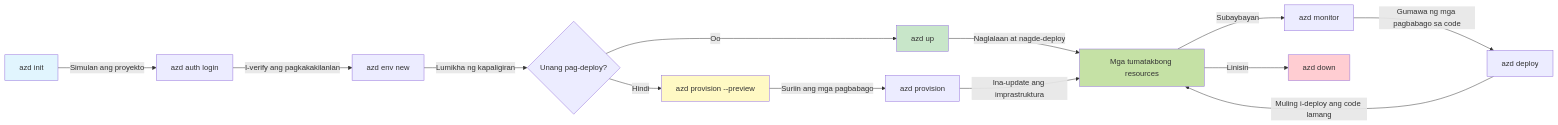
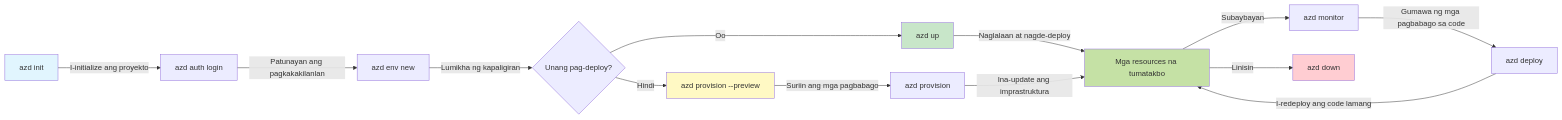
The first of 2 diagrams in translations/tl/docs/chapter-01-foundation/azd-basics.md (microsoft/AZD-for-beginners), drawn with Mermaid before and after one commit. The commit also changed other lines of this file and 104 other files, not shown here.

````diff
--- a/translations/tl/docs/chapter-01-foundation/azd-basics.md
+++ b/translations/tl/docs/chapter-01-foundation/azd-basics.md
@@ -269,21 +269,21 @@
 ```mermaid
 graph LR
-    A[azd init] -->|Simulan ang proyekto| B[azd auth login]
-    B -->|I-verify ang pagkakakilanlan| C[azd env new]
+    A[azd init] -->|I-initialize ang proyekto| B[azd auth login]
+    B -->|Patunayan ang pagkakakilanlan| C[azd env new]
     C -->|Lumikha ng kapaligiran| D{Unang pag-deploy?}
     D -->|Oo| E[azd up]
     D -->|Hindi| F[azd provision --preview]
     F -->|Suriin ang mga pagbabago| G[azd provision]
-    E -->|Naglalaan at nagde-deploy| H[Mga tumatakbong resources]
+    E -->|Naglalaan at nagde-deploy| H[Mga resources na tumatakbo]
     G -->|Ina-update ang imprastruktura| H
     H -->|Subaybayan| I[azd monitor]
     I -->|Gumawa ng mga pagbabago sa code| J[azd deploy]
-    J -->|Muling i-deploy ang code lamang| H
+    J -->|I-redeploy ang code lamang| H
     H -->|Linisin| K[azd down]
     
     style A fill:#e1f5fe
     style E fill:#c8e6c9
     style F fill:#fff9c4
     style H fill:#c5e1a5
     style K fill:#ffcdd2
 ```
````
